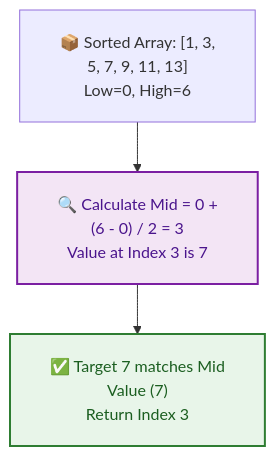
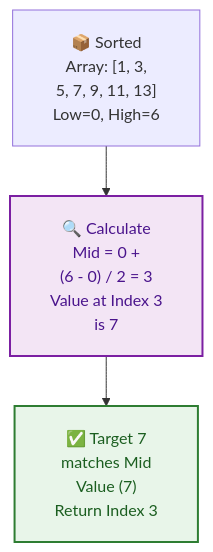
One commit to dip4k/DSA_102 changed the fifth of 5 diagrams in week_02_foundations_ii_linear_data_structures/Week_02_Visual_Concepts_Playbook_HYBRID.md. Above: the diagram before and after it, drawn with Mermaid. The commit also changed other lines of this file and 106 other files, not shown here.

First line of the commit message:
fix(mermaid): prevent text clipping with foreignObject overflow and tighter line wrapping

````diff
--- a/week_02_foundations_ii_linear_data_structures/Week_02_Visual_Concepts_Playbook_HYBRID.md
+++ b/week_02_foundations_ii_linear_data_structures/Week_02_Visual_Concepts_Playbook_HYBRID.md
@@ -360,12 +360,12 @@
 ```mermaid
-%%{init: {"flowchart": {"htmlLabels": true, "padding": 20}}}%%
+%%{init: {"flowchart": {"htmlLabels": true, "padding": 20}, "themeCSS": "foreignObject { overflow: visible !important; }"}}%%
 flowchart TD
     classDef check fill:#f3e5f5,stroke:#7b1fa2,stroke-width:2px,color:#4a148c
     classDef match fill:#e8f5e9,stroke:#2e7d32,stroke-width:2px,color:#1b5e20
 
-    Array["📦 Sorted Array: [1, 3,<br/>5, 7, 9, 11, 13]<br/>Low=0, High=6"]
-    Probe["🔍 Calculate Mid = 0 +<br/>(6 - 0) / 2 = 3<br/>Value at Index 3 is 7"]:::check
-    Match["✅ Target 7 matches Mid<br/>Value (7)<br/>Return Index 3"]:::match
+    Array["📦 Sorted<br/>Array: [1, 3,<br/>5, 7, 9, 11, 13]<br/>Low=0, High=6"]
+    Probe["🔍 Calculate<br/>Mid = 0 +<br/>(6 - 0) / 2 = 3<br/>Value at Index 3<br/>is 7"]:::check
+    Match["✅ Target 7<br/>matches Mid<br/>Value (7)<br/>Return Index 3"]:::match
 
     Array --> Probe --> Match
 ```
````
